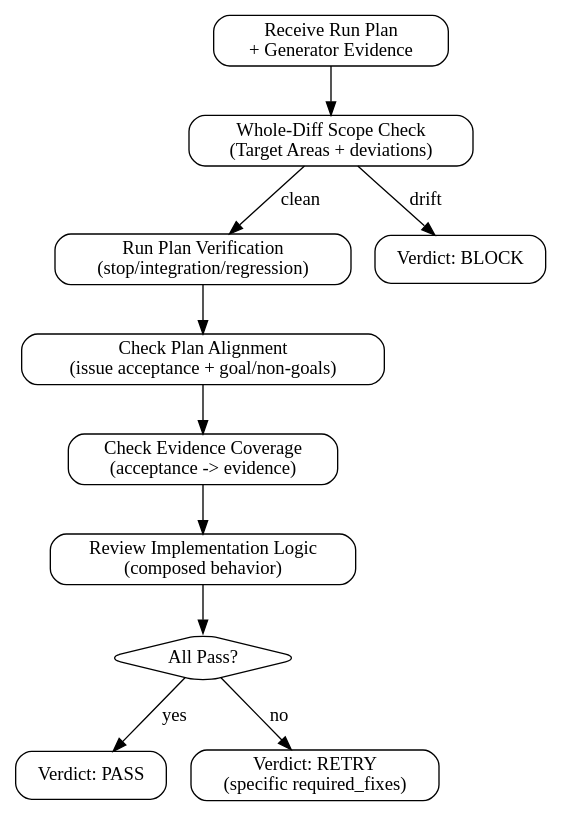
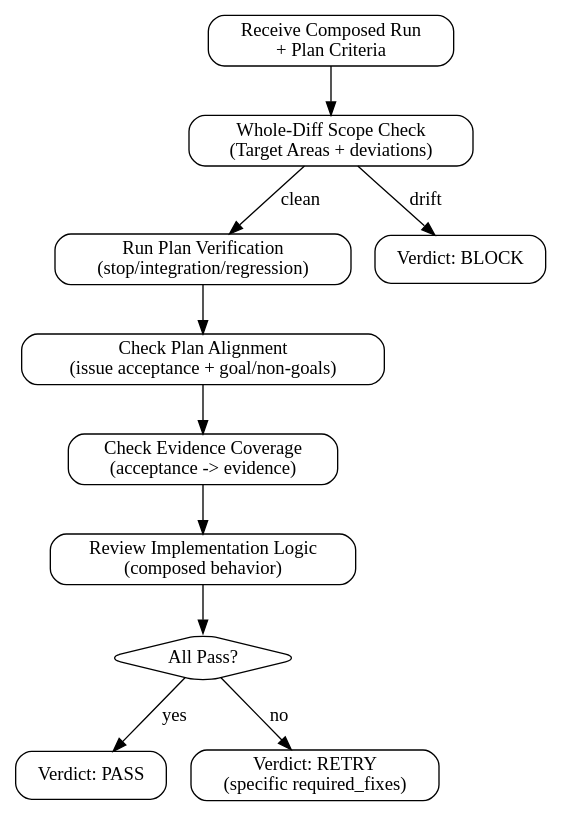
The diagram in skills/pge-exec/handoffs/evaluator.md (feng-y/pge), drawn with Graphviz before and after one commit. The commit also changed other lines of this file and 5 other files, not shown here.

````diff
--- a/skills/pge-exec/handoffs/evaluator.md
+++ b/skills/pge-exec/handoffs/evaluator.md
@@ -5,27 +5,27 @@
 ```dot
 digraph evaluator {
   rankdir=TB;
   node [shape=box, style=rounded];
 
-  receive [label="Receive Run Plan\n+ Generator Evidence"];
+  receive [label="Receive Composed Run\n+ Plan Criteria"];
   check_scope [label="Whole-Diff Scope Check\n(Target Areas + deviations)"];
   run_verify [label="Run Plan Verification\n(stop/integration/regression)"];
   check_criteria [label="Check Plan Alignment\n(issue acceptance + goal/non-goals)"];
   check_evidence [label="Check Evidence Coverage\n(acceptance -> evidence)"];
   check_logic [label="Review Implementation Logic\n(composed behavior)"];
   all_pass [label="All Pass?", shape=diamond];
   verdict_pass [label="Verdict: PASS"];
   verdict_retry [label="Verdict: RETRY\n(specific required_fixes)"];
   verdict_block [label="Verdict: BLOCK"];
 
   receive -> check_scope;
   check_scope -> run_verify [label="clean"];
   check_scope -> verdict_block [label="drift"];
   run_verify -> check_criteria;
   check_criteria -> check_evidence;
   check_evidence -> check_logic;
   check_logic -> all_pass;
   all_pass -> verdict_pass [label="yes"];
   all_pass -> verdict_retry [label="no"];
 }
 ```
````
